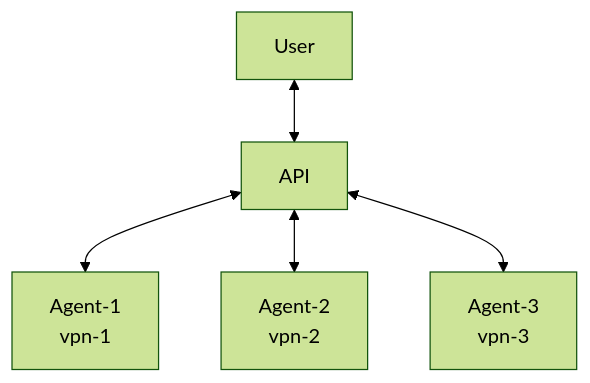
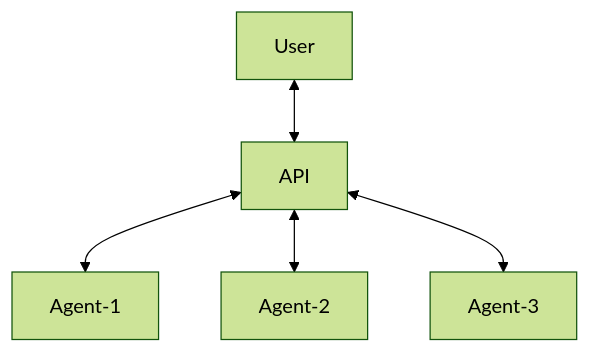
One commit to mucks/scraping-api-backend changed the diagram in README.md. Above: the diagram before and after it, drawn with Mermaid (forest theme). The commit also changed other lines of this file, not shown here.

Commit message:
fixed readme chart

````diff
--- a/README.md
+++ b/README.md
@@ -9,7 +8,7 @@
 ```mermaid
 graph TD;
     User<-->API
-    API<-->Agent-1\nvpn-1;
-    API<-->Agent-2\nvpn-2;
-    API<-->Agent-3\nvpn-3;
+    API<-->Agent-1;
+    API<-->Agent-2;
+    API<-->Agent-3;
 ```
````
